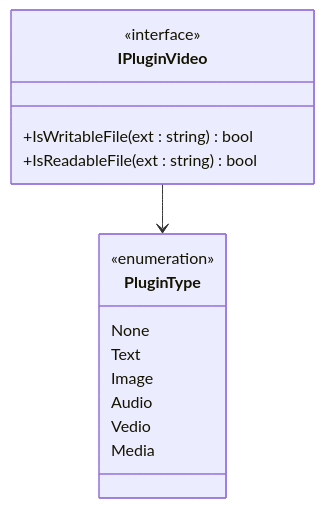
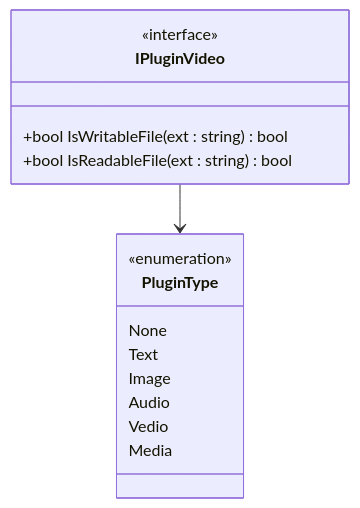
One commit to leadiot/Scm.Net changed the fifth of 6 diagrams in .qoder/repowiki/zh/content/插件扩展系统/插件扩展系统.md. Above: the diagram before and after it, drawn with Mermaid. The commit also changed other lines of this file and 17 other files, not shown here.

````diff
--- a/.qoder/repowiki/zh/content/插件扩展系统/插件扩展系统.md
+++ b/.qoder/repowiki/zh/content/插件扩展系统/插件扩展系统.md
@@ -302,18 +324,18 @@
 ```mermaid
 classDiagram
 class IPluginVideo {
 <<interface>>
-+IsWritableFile(ext : string) bool
-+IsReadableFile(ext : string) bool
++bool IsWritableFile(ext : string) bool
++bool IsReadableFile(ext : string) bool
 }
 class PluginType {
 <<enumeration>>
 None
 Text
 Image
 Audio
 Vedio
 Media
 }
 IPluginVideo --> PluginType
 ```
````
